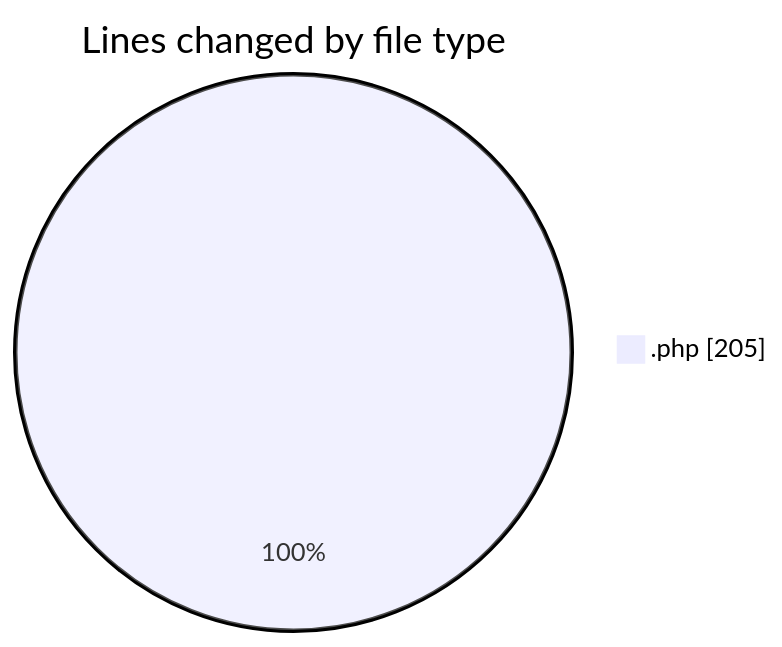
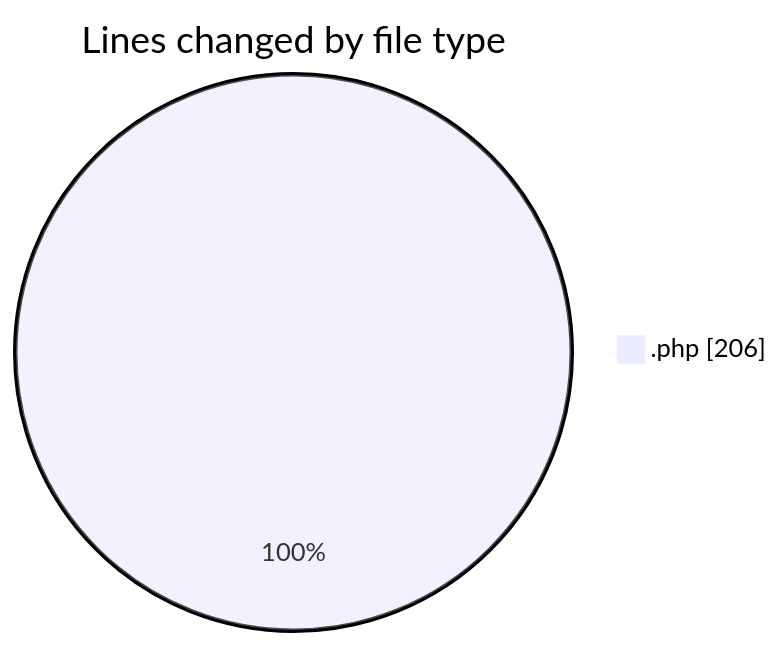
The first of 2 diagrams in 2026-08-26/oficina/README.md (LanceThiago/code-tracking), drawn with Mermaid before and after one commit. The commit also changed other lines of this file and 1 other file, not shown here.

````diff
--- a/2026-08-26/oficina/README.md
+++ b/2026-08-26/oficina/README.md
@@ -20,5 +20,5 @@
 ```mermaid
 pie showData
 title Lines changed by file type
-".php" : 205
+".php" : 206
 ```
````
